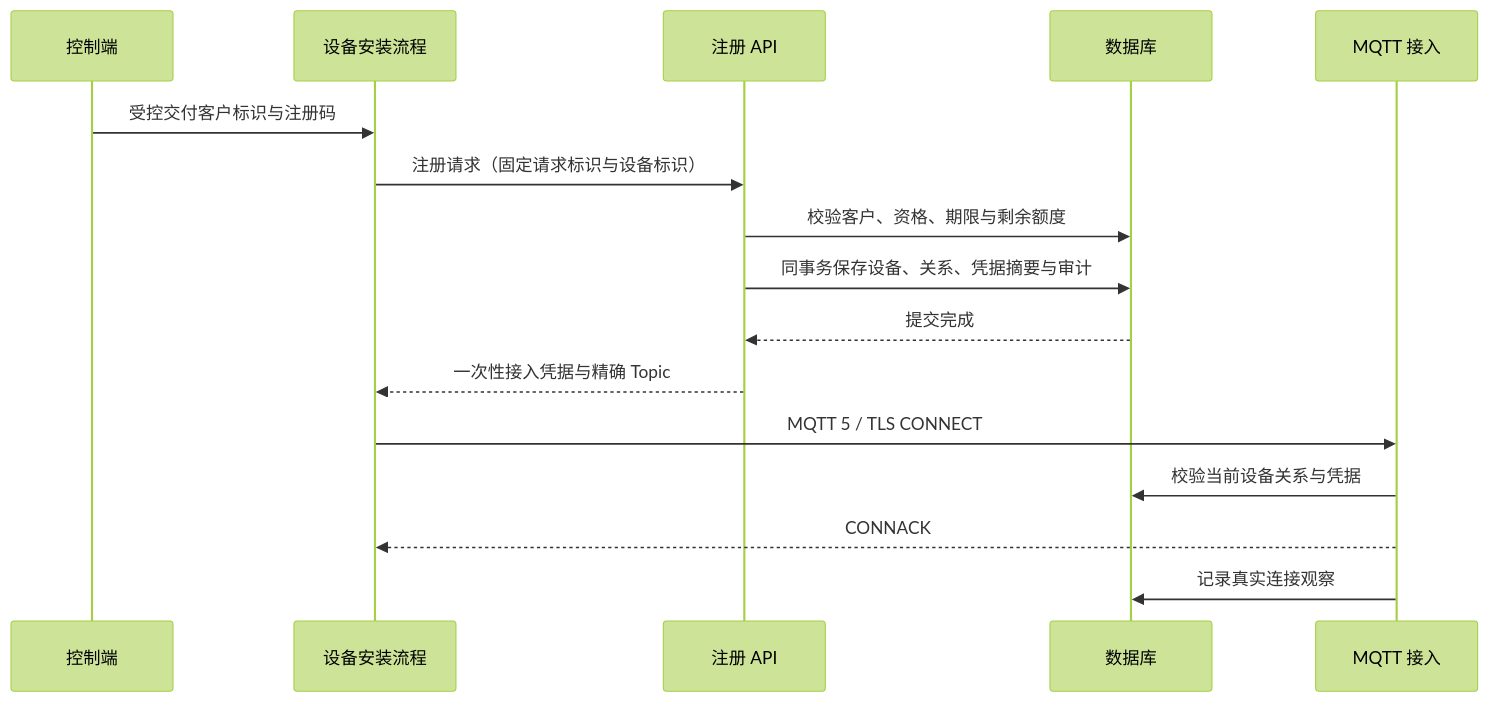
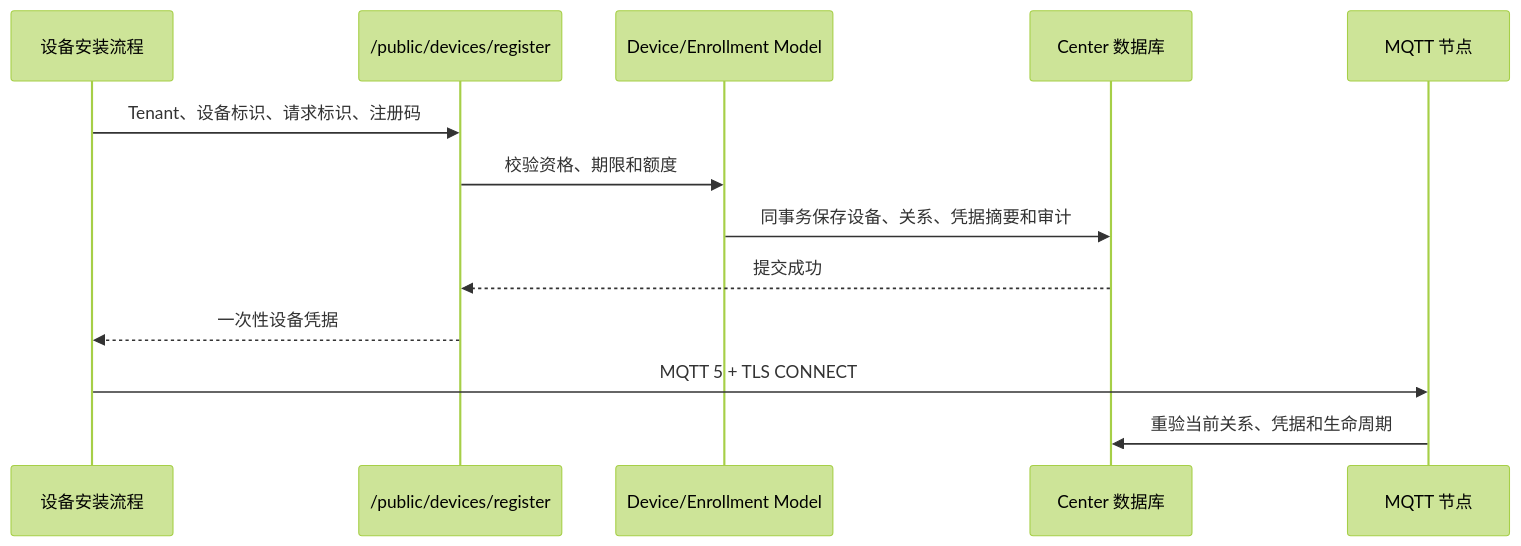
One commit to zoujingli/typeapp changed the first of 2 diagrams in docs/development/iot-devices.md. Above: the diagram before and after it, drawn with Mermaid (forest theme). The commit also changed other lines of this file and 12 other files, not shown here.

````diff
--- a/docs/development/iot-devices.md
+++ b/docs/development/iot-devices.md
@@ -21,18 +19,15 @@
 ```mermaid
 sequenceDiagram
-  participant C as 控制端
-  participant D as 设备安装流程
-  participant H as 注册 API
-  participant DB as 数据库
-  participant M as MQTT 接入
-  C->>D: 受控交付客户标识与注册码
-  D->>H: 注册请求（固定请求标识与设备标识）
-  H->>DB: 校验客户、资格、期限与剩余额度
-  H->>DB: 同事务保存设备、关系、凭据摘要与审计
-  DB-->>H: 提交完成
-  H-->>D: 一次性接入凭据与精确 Topic
-  D->>M: MQTT 5 / TLS CONNECT
-  M->>DB: 校验当前设备关系与凭据
-  M-->>D: CONNACK
-  M->>DB: 记录真实连接观察
+    participant Device as 设备安装流程
+    participant API as /public/devices/register
+    participant Model as Device/Enrollment Model
+    participant DB as Center 数据库
+    participant MQTT as MQTT 节点
+    Device->>API: Tenant、设备标识、请求标识、注册码
+    API->>Model: 校验资格、期限和额度
+    Model->>DB: 同事务保存设备、关系、凭据摘要和审计
+    DB-->>API: 提交成功
+    API-->>Device: 一次性设备凭据
+    Device->>MQTT: MQTT 5 + TLS CONNECT
+    MQTT->>DB: 重验当前关系、凭据和生命周期
 ```
````
